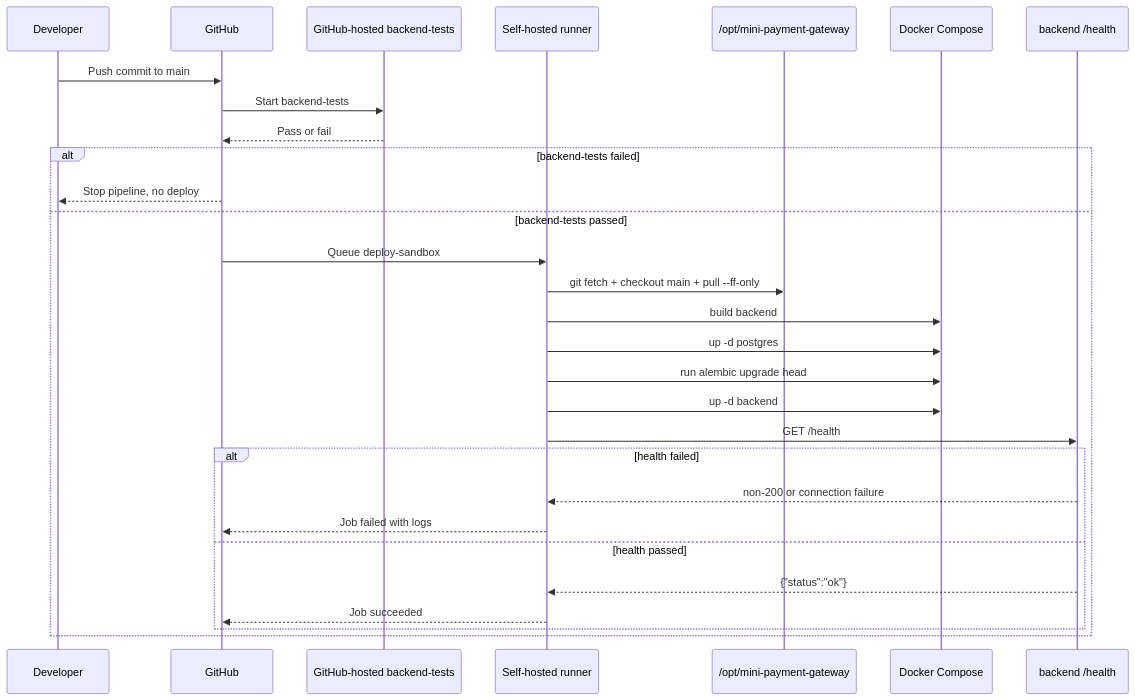
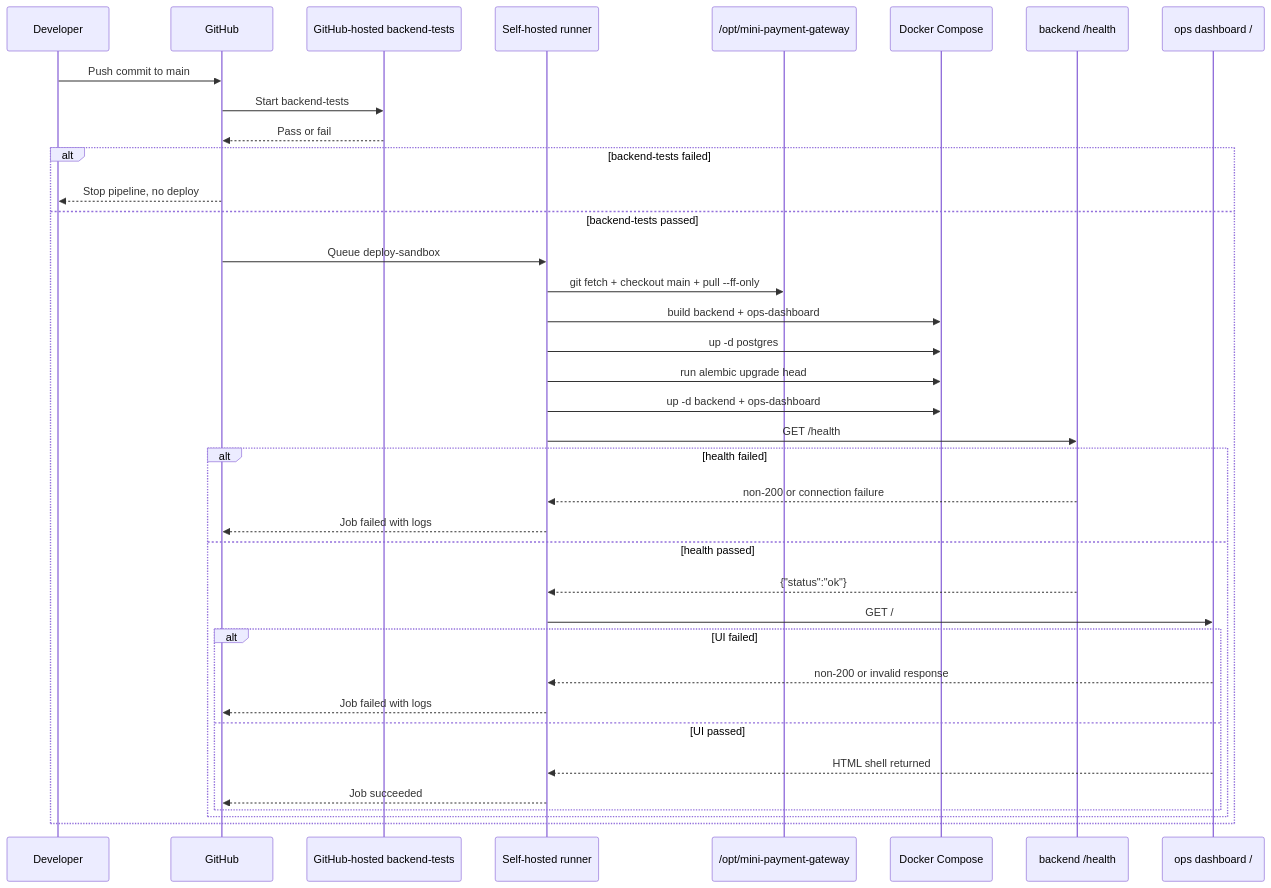
Before and after one commit to biabeogo147/mini-payment-gateway: the second of 2 diagrams in docs/infrastructure/devops-architecture.md, drawn with Mermaid. The commit also changed other lines of this file and 8 other files, not shown here.

````diff
--- a/docs/infrastructure/devops-architecture.md
+++ b/docs/infrastructure/devops-architecture.md
@@ -159,32 +168,40 @@
 ```mermaid
 sequenceDiagram
     participant Dev as Developer
     participant GH as GitHub
     participant CI as GitHub-hosted backend-tests
     participant SR as Self-hosted runner
     participant Repo as /opt/mini-payment-gateway
     participant DC as Docker Compose
     participant API as backend /health
+    participant UI as ops dashboard /
 
     Dev->>GH: Push commit to main
     GH->>CI: Start backend-tests
     CI-->>GH: Pass or fail
     alt backend-tests failed
         GH-->>Dev: Stop pipeline, no deploy
     else backend-tests passed
         GH->>SR: Queue deploy-sandbox
         SR->>Repo: git fetch + checkout main + pull --ff-only
-        SR->>DC: build backend
+        SR->>DC: build backend + ops-dashboard
         SR->>DC: up -d postgres
         SR->>DC: run alembic upgrade head
-        SR->>DC: up -d backend
+        SR->>DC: up -d backend + ops-dashboard
         SR->>API: GET /health
         alt health failed
             API-->>SR: non-200 or connection failure
             SR-->>GH: Job failed with logs
         else health passed
             API-->>SR: {"status":"ok"}
-            SR-->>GH: Job succeeded
+            SR->>UI: GET /
+            alt UI failed
+                UI-->>SR: non-200 or invalid response
+                SR-->>GH: Job failed with logs
+            else UI passed
+                UI-->>SR: HTML shell returned
+                SR-->>GH: Job succeeded
+            end
         end
     end
 ```
````
